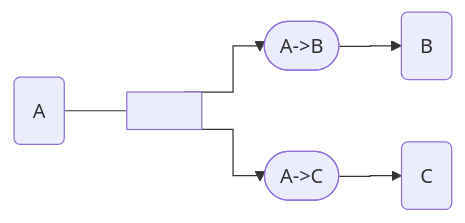
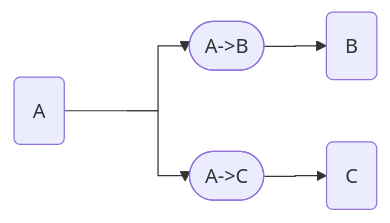
Before and after one commit to JulesKouatchou/sample_flowcharts: the first of 3 diagrams in README.md, drawn with Mermaid. The commit also changed other lines of this file, not shown here.

````diff
--- a/README.md
+++ b/README.md
@@ -5,21 +5,21 @@
 ```mermaid
 %%{ init: {'flowchart': { 'curve': 'stepAfter' } } }%%
 
 flowchart LR
     O[ ]:::empty
     A(A):::c1
     B(B):::c1
     C(C):::c1
     AB([A->B]):::c2
     AC([A->C]):::c2
 
     %% classDef c1 width:60px,fill:#f16,font-size:15px  
     %% classDef c2 fill:#f96    
-    %% classDef empty width:0px,height:0px
+    classDef empty width:0px,height:0px
     
     A --- O
     O --> AB 
     O --> AC
     AB --> B
     AC --> C
 ```
````
